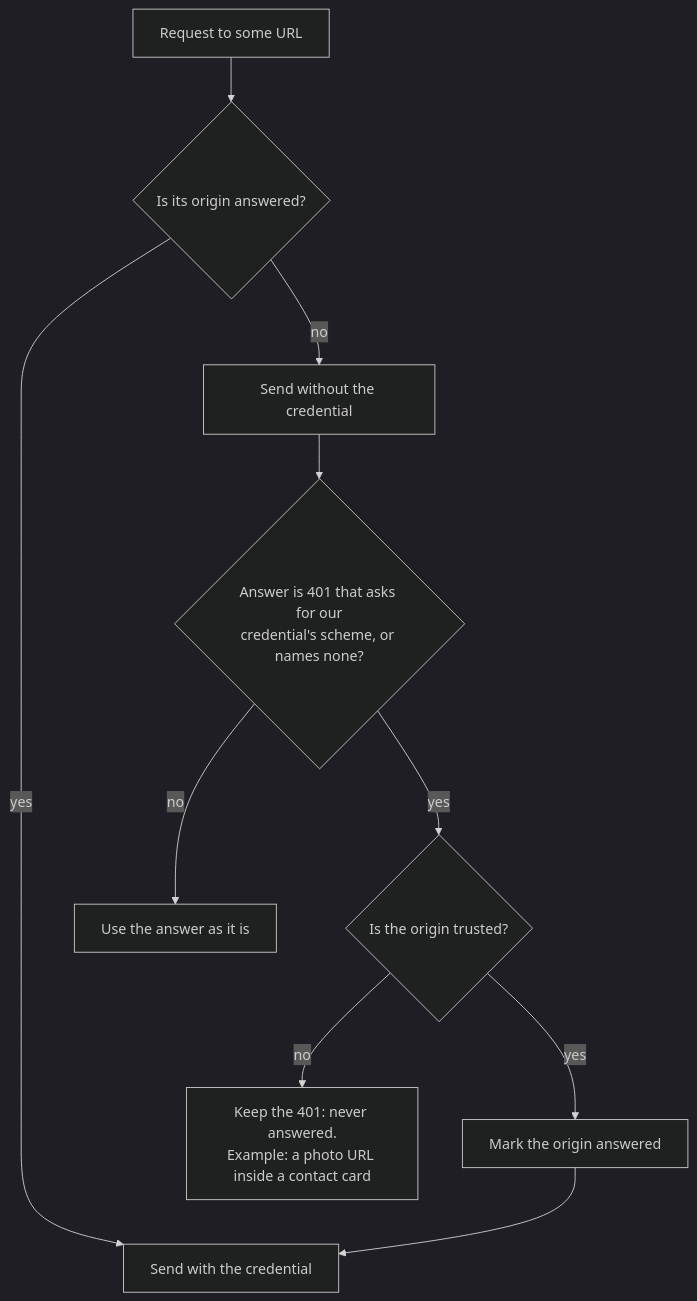
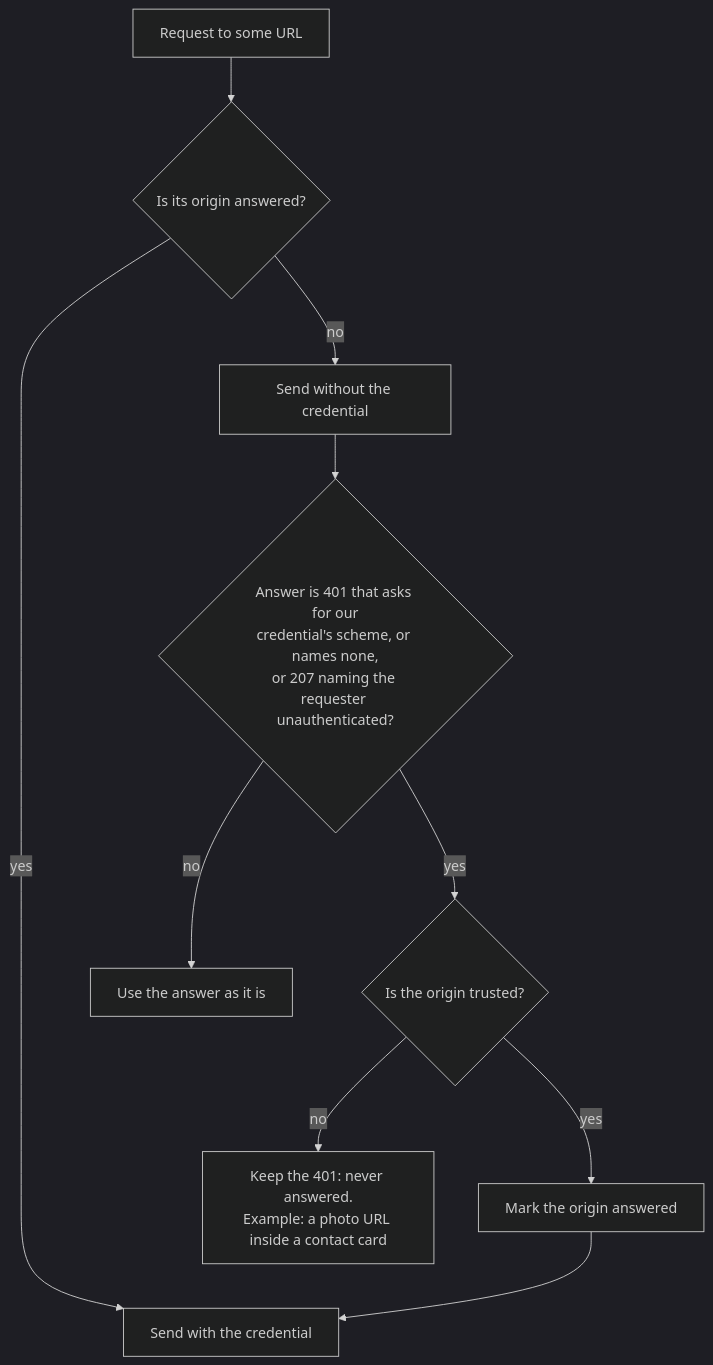
Before and after one commit to allodia-eu/email-calendar-sync-engine: the third of 5 diagrams in crates/provider-caldav/README.md, drawn with Mermaid (dark theme). The commit also changed other lines of this file and 22 other files, not shown here.

First line of the commit message:
Answer each way a server asks for the credential, and prove each one live

````diff
--- a/crates/provider-caldav/README.md
+++ b/crates/provider-caldav/README.md
@@ -129,11 +142,11 @@
 ```mermaid
 flowchart TD
     A[Request to some URL] --> B{Is its origin answered?}
     B -- yes --> S[Send with the credential]
     B -- no --> N[Send without the credential]
-    N --> R{"Answer is 401 that asks for our<br/>credential's scheme, or names none?"}
+    N --> R{"Answer is 401 that asks for our<br/>credential's scheme, or names none,<br/>or 207 naming the requester unauthenticated?"}
     R -- no --> D[Use the answer as it is]
     R -- yes --> T{Is the origin trusted?}
     T -- no --> X[Keep the 401: never answered.<br/>Example: a photo URL inside a contact card]
     T -- yes --> M[Mark the origin answered] --> S
 ```
````
